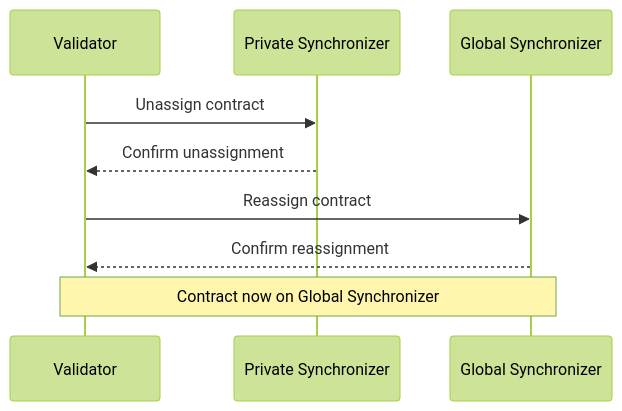
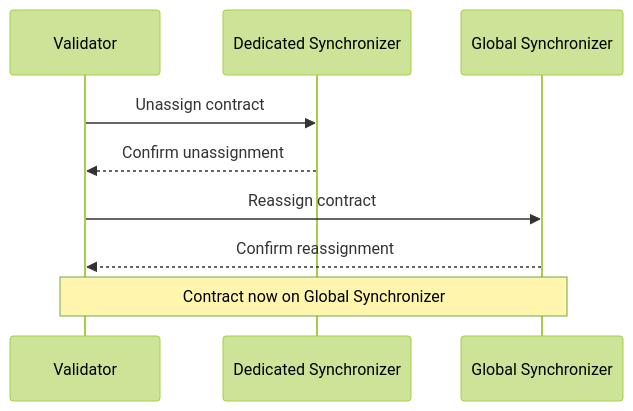
The second of 2 diagrams in docs-main/global-synchronizer/extension-synchronizers/hybrid-synchronizer-pattern.mdx (canton-network/cf-docs), drawn with Mermaid (forest theme) before and after one commit. The commit also changed other lines of this file and 20 other files, not shown here.

Commit message:
update to reflect dedicated synchronizer terminology

````diff
--- a/docs-main/global-synchronizer/extension-synchronizers/hybrid-synchronizer-pattern.mdx
+++ b/docs-main/global-synchronizer/extension-synchronizers/hybrid-synchronizer-pattern.mdx
@@ -67,12 +67,12 @@
 ```mermaid
 sequenceDiagram
     participant V as Validator
-    participant PS as Private Synchronizer
+    participant DS as Dedicated Synchronizer
     participant GS as Global Synchronizer
 
-    V->>PS: Unassign contract
-    PS-->>V: Confirm unassignment
+    V->>DS: Unassign contract
+    DS-->>V: Confirm unassignment
     V->>GS: Reassign contract
     GS-->>V: Confirm reassignment
     Note over V,GS: Contract now on Global Synchronizer
 ```
````
